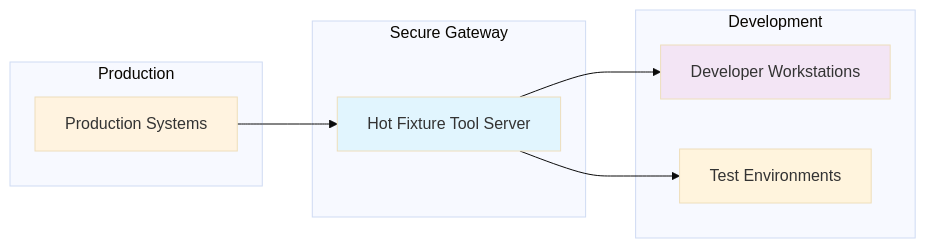
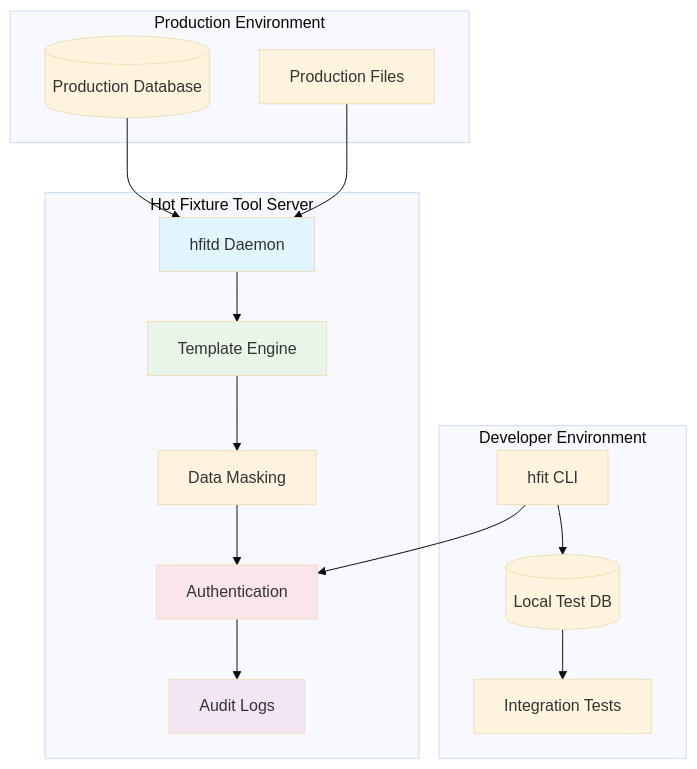
Before and after one commit to danielecr/hfit-doc: the third of 3 diagrams in docs/getting-started/overview.md, drawn with Mermaid (base theme). The commit also changed other lines of this file and 5 other files, not shown here.

````diff
--- a/docs/getting-started/overview.md
+++ b/docs/getting-started/overview.md
@@ -36,23 +300,38 @@
 ```mermaid
-graph LR
-    subgraph "Production"
-        PROD[Production Systems]
+graph TB
+    subgraph "Production Environment"
+        PROD_DB[(Production Database)]
+        PROD_FILES[Production Files]
     end
     
-    subgraph "Secure Gateway"
-        HFITD[Hot Fixture Tool Server]
+    subgraph "Hot Fixture Tool Server"
+        HFITD[hfitd Daemon]
+        TEMPLATES[Template Engine]
+        MASKING[Data Masking]
+        AUTH[Authentication]
+        AUDIT[Audit Logs]
     end
     
-    subgraph "Development"
-        DEV[Developer Workstations]
-        TEST[Test Environments]
+    subgraph "Developer Environment"  
+        HFIT[hfit CLI]
+        LOCAL_DB[(Local Test DB)]
+        TESTS[Integration Tests]
     end
     
-    PROD --> HFITD
-    HFITD --> DEV
-    HFITD --> TEST
+    PROD_DB --> HFITD
+    PROD_FILES --> HFITD
+    HFITD --> TEMPLATES
+    TEMPLATES --> MASKING
+    MASKING --> AUTH
+    AUTH --> AUDIT
+    
+    HFIT --> AUTH
+    HFIT --> LOCAL_DB
+    LOCAL_DB --> TESTS
     
     style HFITD fill:#e1f5fe
-    style PROD fill:#fff3e0
-    style DEV fill:#f3e5f5
+    style TEMPLATES fill:#e8f5e8
+    style MASKING fill:#fff3e0
+    style AUTH fill:#fce4ec
+    style AUDIT fill:#f3e5f5
 ```
````
